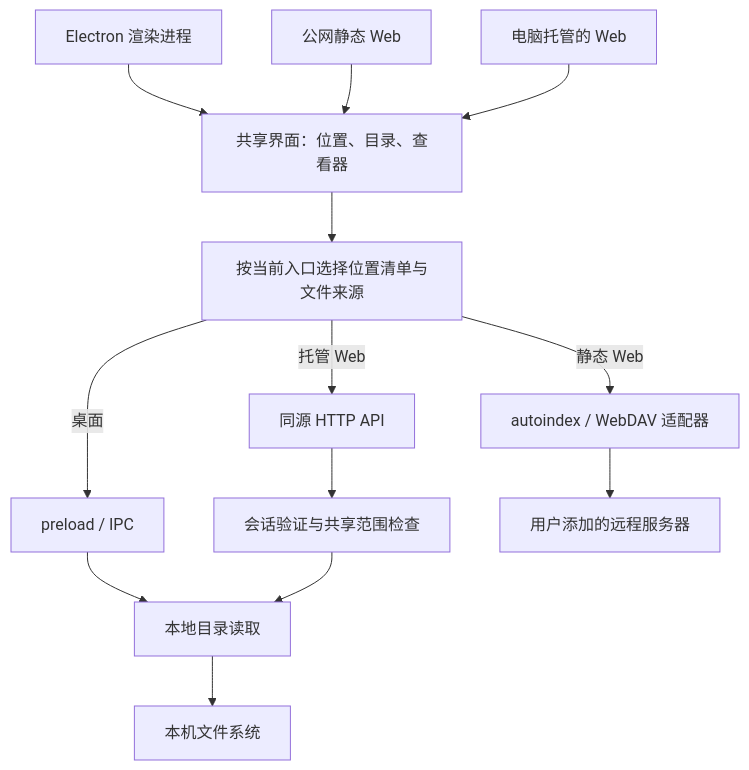
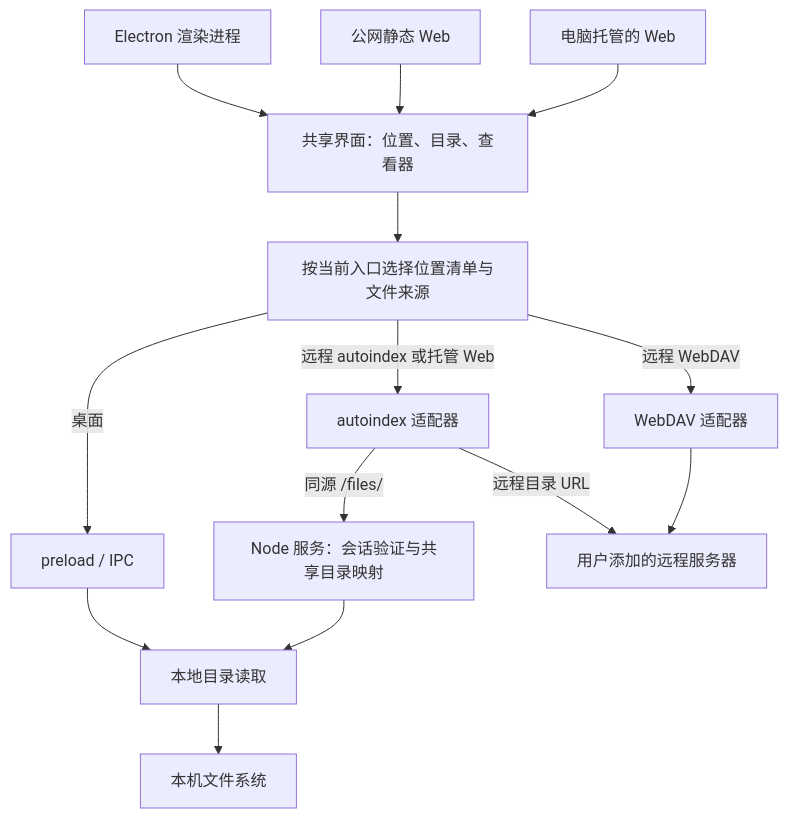
One commit to xy2401/view changed the diagram in docs/design.md. Above: the diagram before and after it, drawn with Mermaid. The commit also changed other lines of this file, not shown here.

Commit message:
docs: 改用 Node autoindex 提供共享目录

````diff
--- a/docs/design.md
+++ b/docs/design.md
@@ -29,15 +29,16 @@
 ```mermaid
 flowchart TB
     E["Electron 渲染进程"] --> UI["共享界面：位置、目录、查看器"]
     P["公网静态 Web"] --> UI
     L["电脑托管的 Web"] --> UI
     UI --> A["按当前入口选择位置清单与文件来源"]
     A -->|"桌面"| IPC["preload / IPC"]
-    A -->|"静态 Web"| R["autoindex / WebDAV 适配器"]
-    A -->|"托管 Web"| H["同源 HTTP API"]
+    A -->|"远程 autoindex 或托管 Web"| R["autoindex 适配器"]
+    A -->|"远程 WebDAV"| W["WebDAV 适配器"]
     IPC --> D["本地目录读取"]
-    H --> G["会话验证与共享范围检查"]
+    R -->|"同源 /files/"| G["Node 服务：会话验证与共享目录映射"]
     G --> D
-    R --> S["用户添加的远程服务器"]
+    R -->|"远程目录 URL"| S["用户添加的远程服务器"]
+    W --> S
     D --> F["本机文件系统"]
 ```
````
